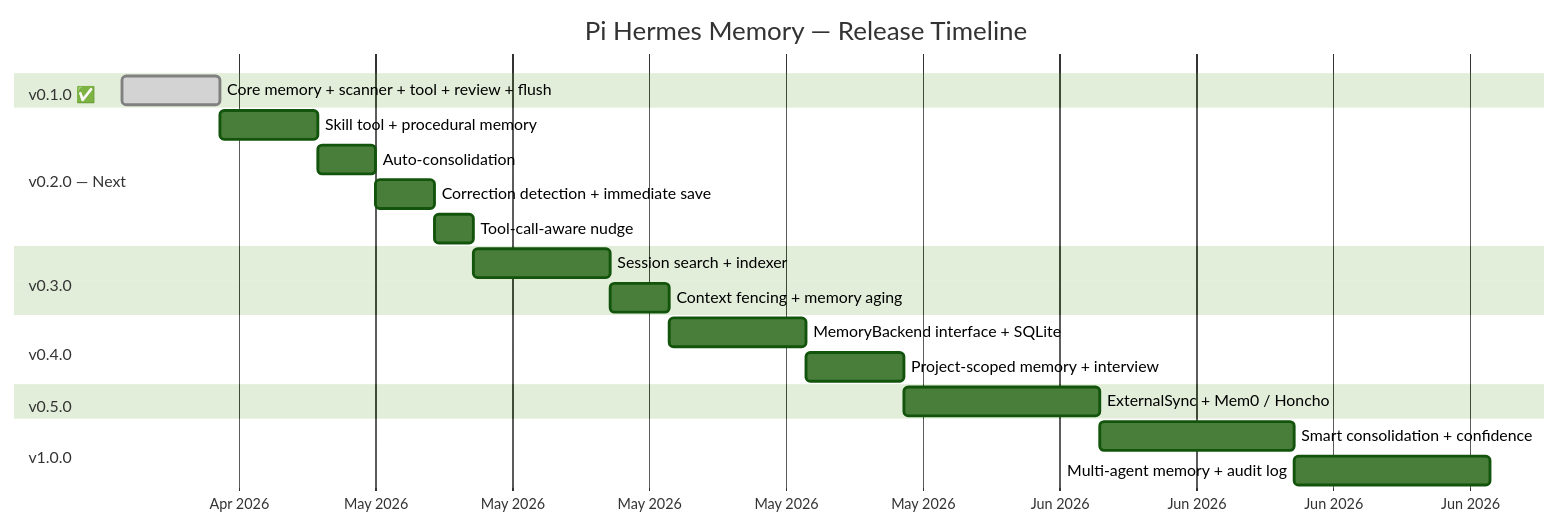
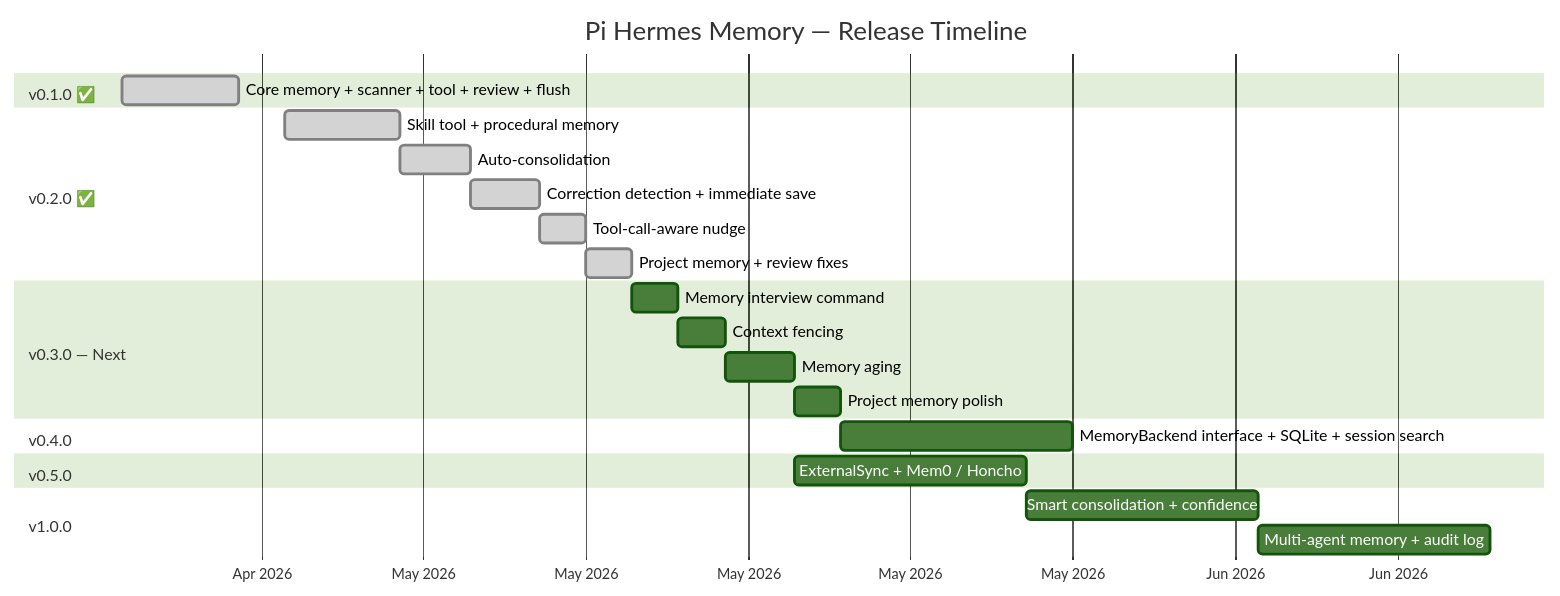
Before and after one commit to chandra447/pi-hermes-memory: the second of 2 diagrams in docs/ROADMAP.md, drawn with Mermaid (forest theme). The commit also changed other lines of this file and 2 other files, not shown here.

First line of the commit message:
docs: add v0.3 plan — interview, fencing, aging, project polish

````diff
--- a/docs/ROADMAP.md
+++ b/docs/ROADMAP.md
@@ -345,30 +367,32 @@
 ```mermaid
 gantt
     title Pi Hermes Memory — Release Timeline
     dateFormat YYYY-MM-DD
     axisFormat %b %Y
 
     section v0.1.0 ✅
     Core memory + scanner + tool + review + flush    :done, v01, 2026-04-20, 5d
 
-    section v0.2.0 — Next
-    Skill tool + procedural memory                   :v02a, after v01, 5d
-    Auto-consolidation                               :v02b, after v02a, 3d
-    Correction detection + immediate save            :v02c, after v02b, 3d
-    Tool-call-aware nudge                            :v02d, after v02c, 2d
+    section v0.2.0 ✅
+    Skill tool + procedural memory                   :done, v02a, 2026-04-27, 5d
+    Auto-consolidation                               :done, v02b, after v02a, 3d
+    Correction detection + immediate save            :done, v02c, after v02b, 3d
+    Tool-call-aware nudge                            :done, v02d, after v02c, 2d
+    Project memory + review fixes                    :done, v02e, after v02d, 2d
 
-    section v0.3.0
-    Session search + indexer                         :v03a, after v02d, 7d
-    Context fencing + memory aging                   :v03b, after v03a, 3d
+    section v0.3.0 — Next
+    Memory interview command                         :v03a, after v02e, 2d
+    Context fencing                                  :v03b, after v03a, 2d
+    Memory aging                                     :v03c, after v03b, 3d
+    Project memory polish                            :v03d, after v03c, 2d
 
     section v0.4.0
-    MemoryBackend interface + SQLite                 :v04a, after v03b, 7d
-    Project-scoped memory + interview                :v04b, after v04a, 5d
+    MemoryBackend interface + SQLite + session search:v04a, after v03d, 10d
 
     section v0.5.0
     ExternalSync + Mem0 / Honcho                     :v05a, after v04b, 10d
 
     section v1.0.0
     Smart consolidation + confidence                 :v1a, after v05a, 10d
     Multi-agent memory + audit log                   :v1b, after v1a, 10d
 ```
````
